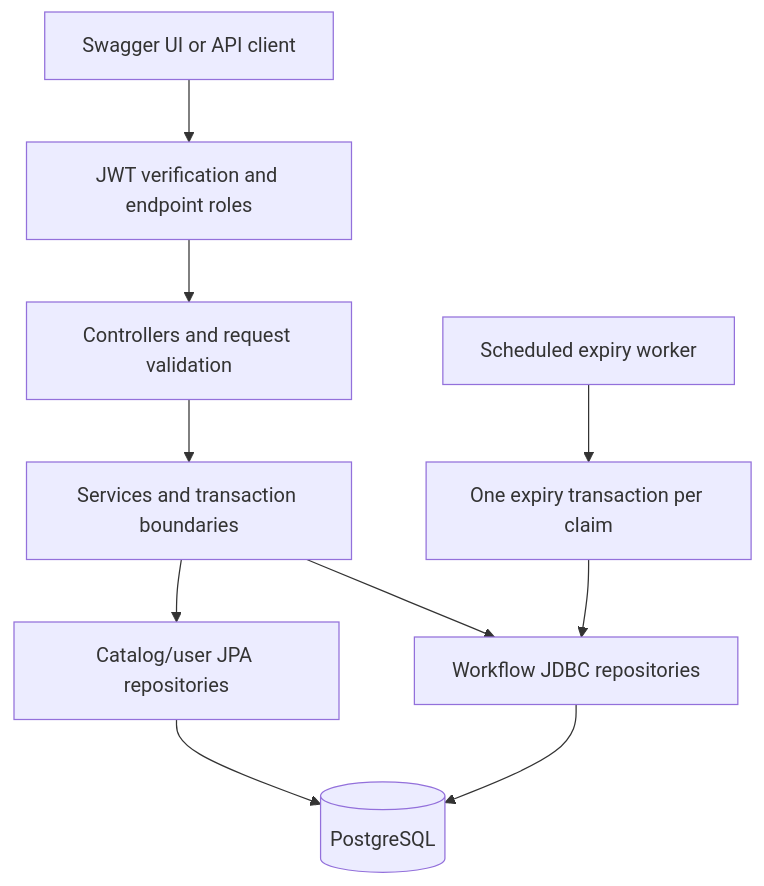
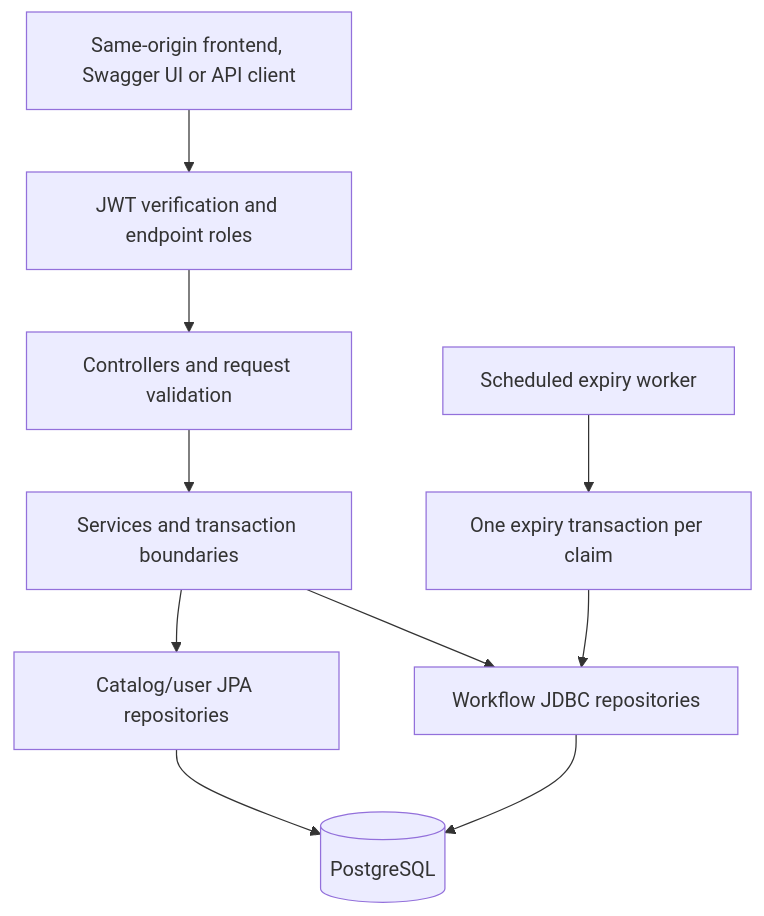
Before and after one commit to Pratik5545/stockguard: the first of 2 diagrams in docs/architecture.md, drawn with Mermaid. The commit also changed 12 other files, not shown here.

Commit message:
Add same-origin StockGuard frontend

````diff
--- a/docs/architecture.md
+++ b/docs/architecture.md
@@ -5,12 +5,12 @@
 ```mermaid
 flowchart TD
-    Client[Swagger UI or API client] --> Security[JWT verification and endpoint roles]
+    Client[Same-origin frontend, Swagger UI or API client] --> Security[JWT verification and endpoint roles]
     Security --> Controller[Controllers and request validation]
     Controller --> Service[Services and transaction boundaries]
     Service --> JPA[Catalog/user JPA repositories]
     Service --> JDBC[Workflow JDBC repositories]
     JPA --> DB[(PostgreSQL)]
     JDBC --> DB
     Worker[Scheduled expiry worker] --> Expiry[One expiry transaction per claim]
     Expiry --> JDBC
 ```
````
